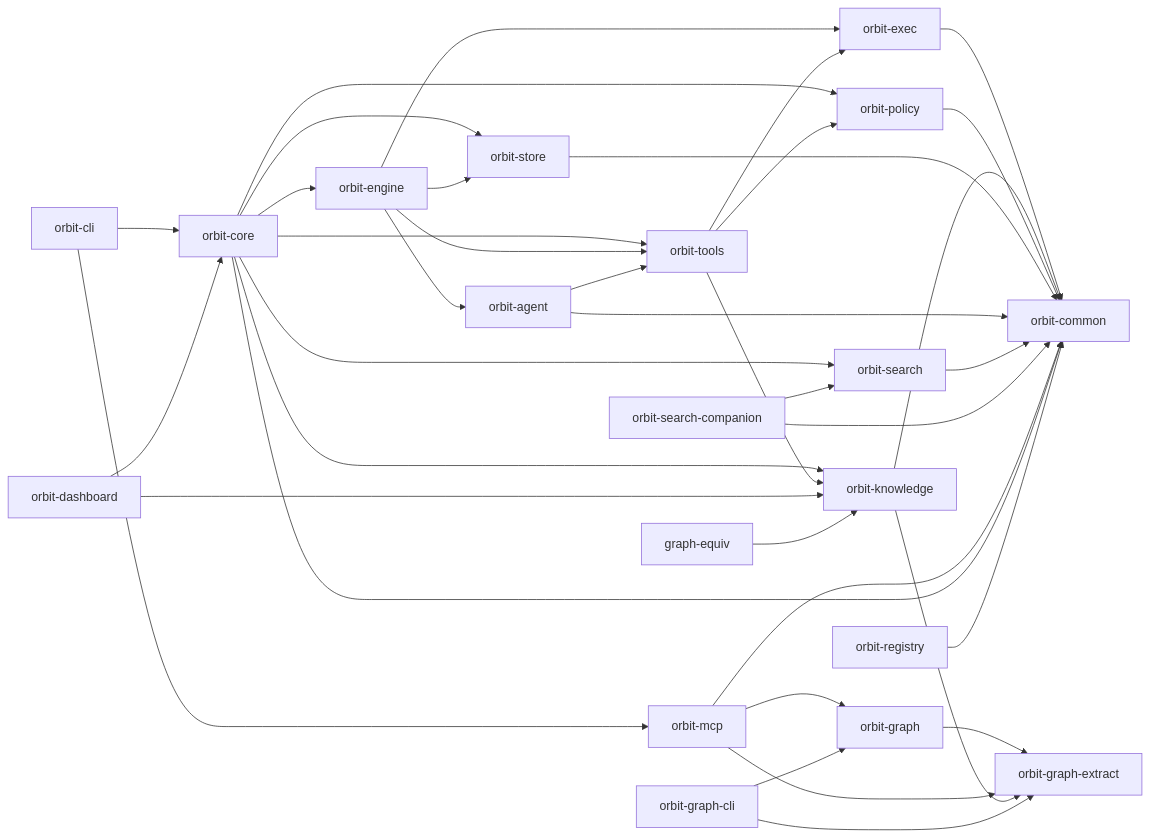
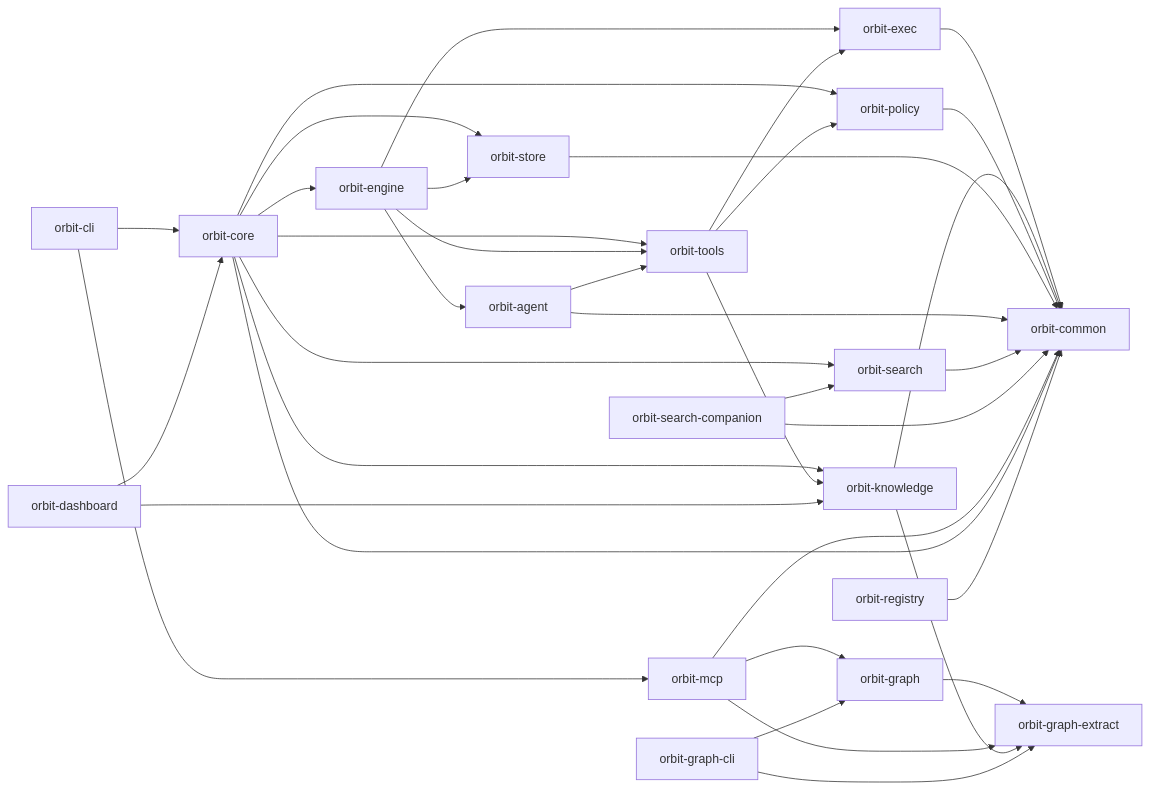
Before and after one commit to danieljhkim/orbit: the diagram in ARCHITECTURE.md, drawn with Mermaid. The commit also changed other lines of this file and 27 other files, not shown here.

First line of the commit message:
chore: remove orbit-graph equivalence + benchmark harness [ORB-00385]

````diff
--- a/ARCHITECTURE.md
+++ b/ARCHITECTURE.md
@@ -5,39 +5,38 @@
 ```mermaid
 flowchart LR
   CLI["orbit-cli"] --> Core["orbit-core"]
   CLI --> MCP["orbit-mcp"]
   Core --> Engine["orbit-engine"]
   Core --> Store["orbit-store"]
   Core --> Tools["orbit-tools"]
   Core --> Search["orbit-search"]
   Core --> Knowledge["orbit-knowledge"]
   Core --> Policy["orbit-policy"]
   Engine --> Agent["orbit-agent"]
   Engine --> Store
   Engine --> Exec["orbit-exec"]
   Engine --> Tools
   Agent --> Tools
   Graph["orbit-graph"] --> GraphExtract["orbit-graph-extract"]
   MCP --> Graph
   MCP --> GraphExtract
   Tools --> Exec["orbit-exec"]
   Tools --> Knowledge
   Tools --> Policy
   Knowledge --> GraphExtract["orbit-graph-extract"]
   Exec --> Common["orbit-common"]
   Knowledge --> Common
   Policy --> Common
   Store --> Common
   Agent --> Common
   Search --> Common
   SearchCompanion["orbit-search-companion"] --> Search
   SearchCompanion --> Common
   GraphCli["orbit-graph-cli"] --> Graph
   GraphCli --> GraphExtract
   MCP --> Common
   Dashboard["orbit-dashboard"] --> Core
   Dashboard --> Knowledge
-  GraphEquiv["graph-equiv"] --> Knowledge
   Core --> Common
   Registry["orbit-registry"] --> Common
 ```
````
